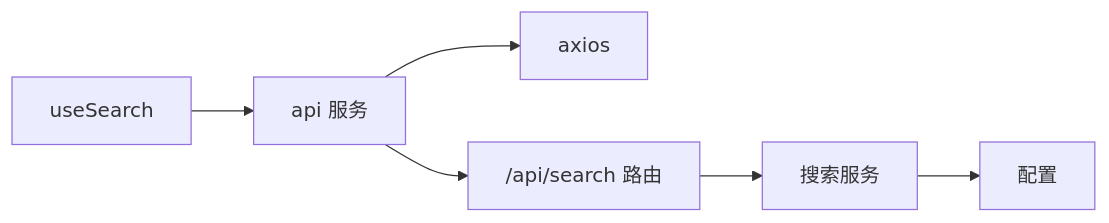
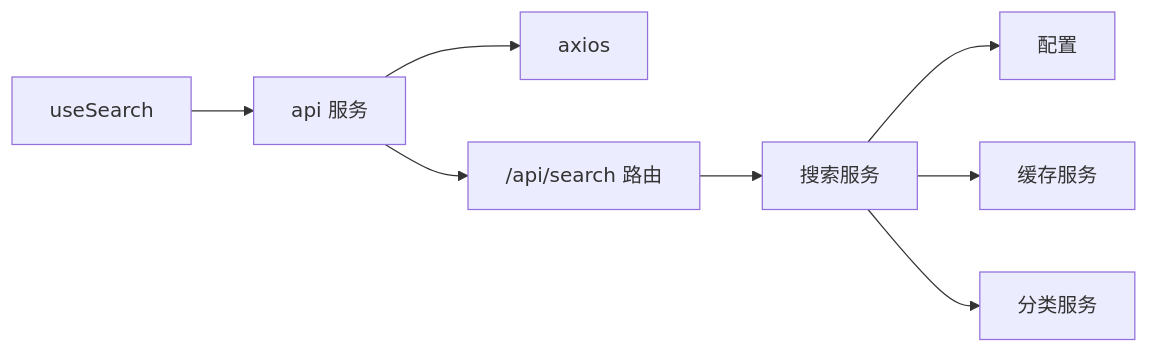
The ninth of 9 diagrams in .qoder/repowiki/zh/content/前端开发指南/自定义Hook系统/useSearch Hook.md (wangdy21/search_is_all_you_need), drawn with Mermaid before and after one commit. The commit also changed other lines of this file and 11 other files, not shown here.

````diff
--- a/.qoder/repowiki/zh/content/前端开发指南/自定义Hook系统/useSearch Hook.md
+++ b/.qoder/repowiki/zh/content/前端开发指南/自定义Hook系统/useSearch Hook.md
@@ -303,8 +475,10 @@
 ```mermaid
 graph LR
 US["useSearch"] --> API["api 服务"]
 API --> AX["axios"]
 API --> R["/api/search 路由"]
 R --> S["搜索服务"]
 S --> C["配置"]
+S --> CA["缓存服务"]
+S --> CL["分类服务"]
 ```
````
